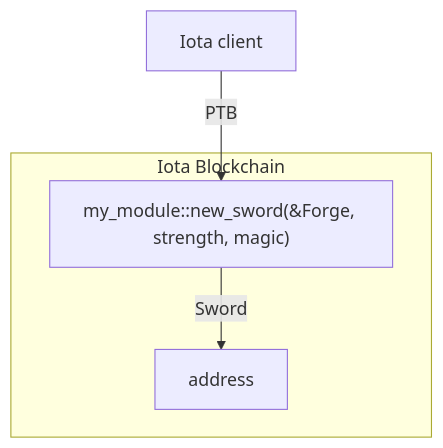
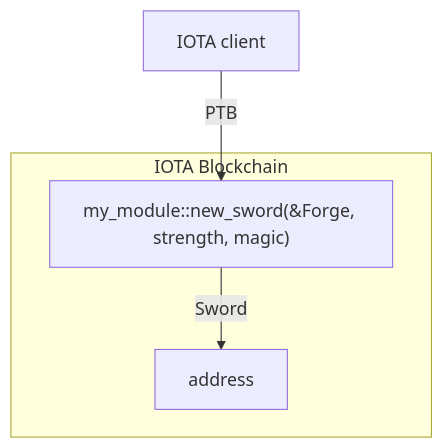
Before and after one commit to rafnixschaf/iota: the second of 2 diagrams in docs/content/guides/developer/first-app/publish.mdx, drawn with Mermaid. The commit also changed other lines of this file and 402 other files, not shown here.

````diff
--- a/docs/content/guides/developer/first-app/publish.mdx
+++ b/docs/content/guides/developer/first-app/publish.mdx
@@ -87,13 +87,13 @@
 ```mermaid
 flowchart TB
     my_module["my_module::new_sword(&Forge, strength, magic)"]
     
-    Iota_client["Iota client"]
+    IOTA_client["IOTA client"]
 
-    subgraph Iota Blockchain
+    subgraph IOTA Blockchain
 	my_module
 	my_module --Sword--> address
     end
     
-    Iota_client --"PTB"--> my_module
+    IOTA_client --"PTB"--> my_module
 ```
````
